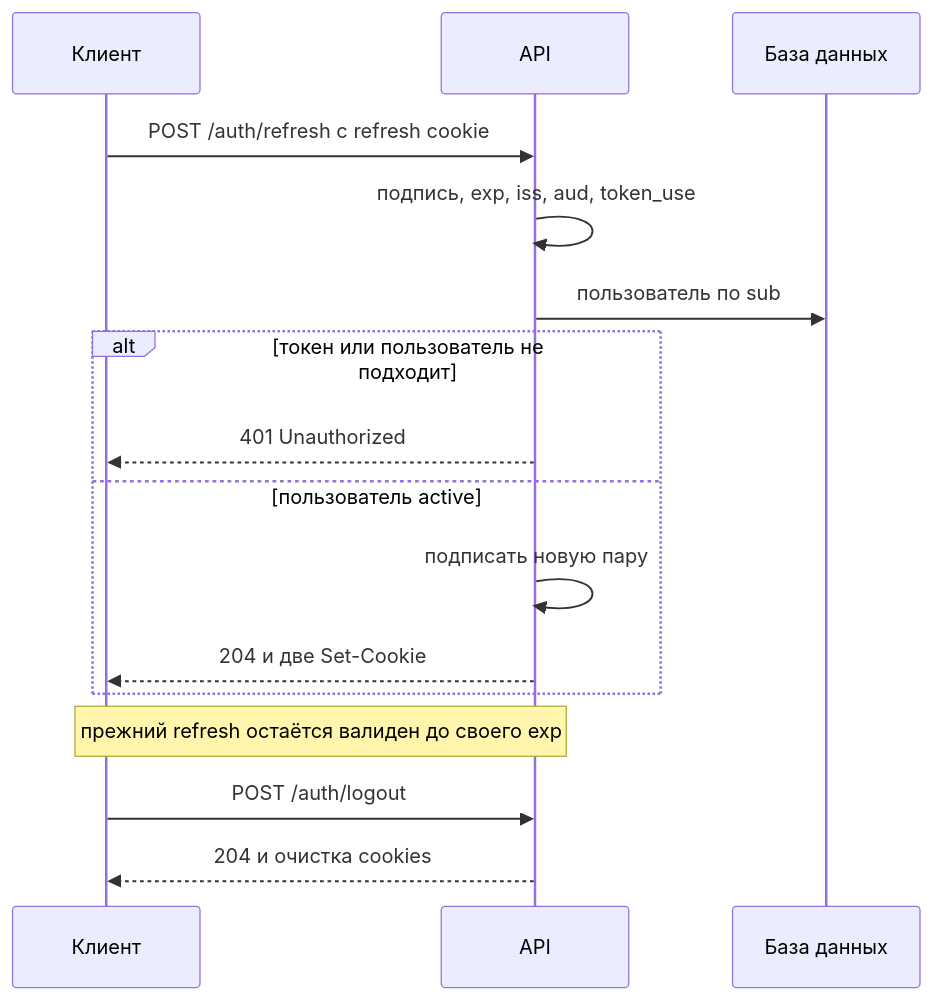
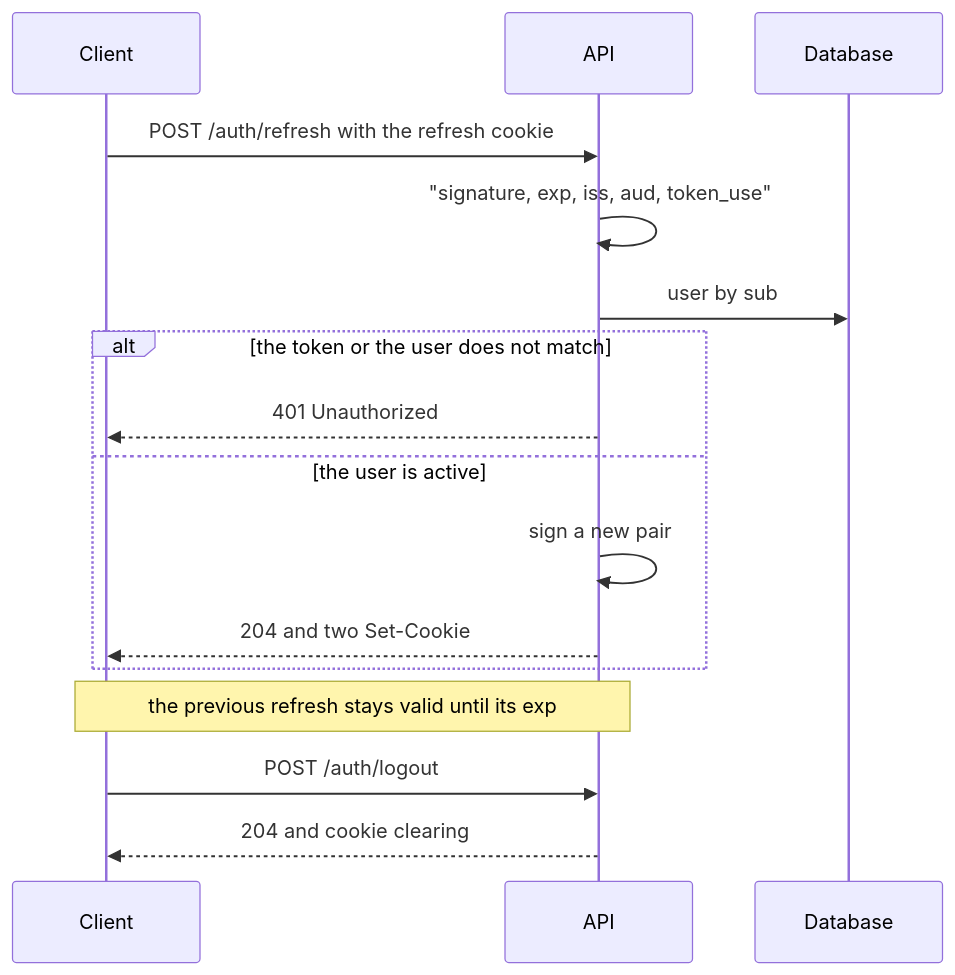
The third of 3 diagrams in courses-content/backend/A/1/en/1.1.1 Аутентификация.md (pavel-skripko-innowise/inno-fe-be-a1), drawn with Mermaid before and after one commit. The commit also changed other lines of this file and 35 other files, not shown here.

````diff
--- a/courses-content/backend/A/1/en/1.1.1 Аутентификация.md
+++ b/courses-content/backend/A/1/en/1.1.1 Аутентификация.md
@@ -75,18 +75,18 @@
 ```mermaid
 sequenceDiagram
-  participant C as Клиент
+  participant C as Client
   participant A as API
-  participant D as База данных
-  C->>A: POST /auth/refresh с refresh cookie
-  A->>A: подпись, exp, iss, aud, token_use
-  A->>D: пользователь по sub
-  alt токен или пользователь не подходит
+  participant D as Database
+  C->>A: POST /auth/refresh with the refresh cookie
+  A->>A: "signature, exp, iss, aud, token_use"
+  A->>D: user by sub
+  alt the token or the user does not match
     A-->>C: 401 Unauthorized
-  else пользователь active
-    A->>A: подписать новую пару
-    A-->>C: 204 и две Set-Cookie
+  else the user is active
+    A->>A: sign a new pair
+    A-->>C: 204 and two Set-Cookie
   end
-  Note over C,A: прежний refresh остаётся валиден до своего exp
+  Note over C,A: the previous refresh stays valid until its exp
   C->>A: POST /auth/logout
-  A-->>C: 204 и очистка cookies
+  A-->>C: 204 and cookie clearing
 ```
````
